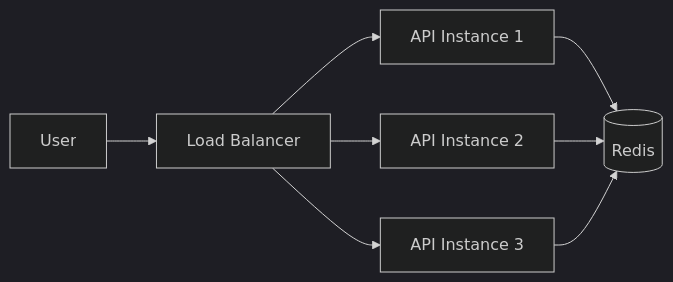
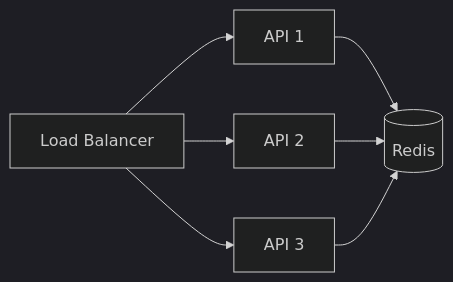
One commit to AvadhBhalodiya/Interview-Preparation changed the second of 5 diagrams in src/content/caching/redis-use-cases.md. Above: the diagram before and after it, drawn with Mermaid (dark theme). The commit also changed other lines of this file and 54 other files, not shown here.

````diff
--- a/src/content/caching/redis-use-cases.md
+++ b/src/content/caching/redis-use-cases.md
@@ -128,11 +101,9 @@
 ```mermaid
 flowchart LR
-    U[User] --> LB[Load Balancer]
-    LB --> A1[API Instance 1]
-    LB --> A2[API Instance 2]
-    LB --> A3[API Instance 3]
-
+    LB[Load Balancer] --> A1[API 1]
+    LB --> A2[API 2]
+    LB --> A3[API 3]
     A1 --> R[(Redis)]
     A2 --> R
     A3 --> R
 ```
````
